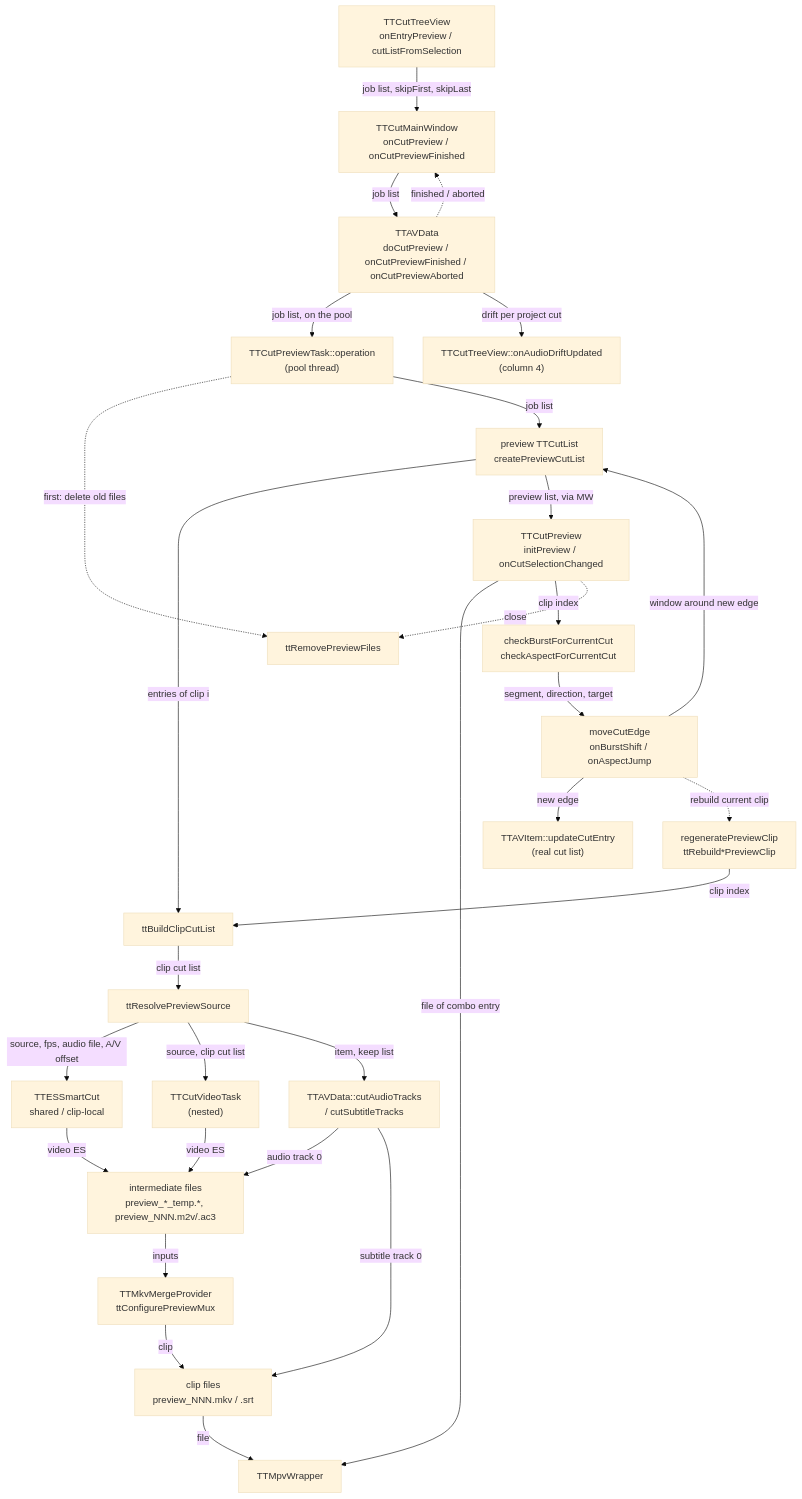
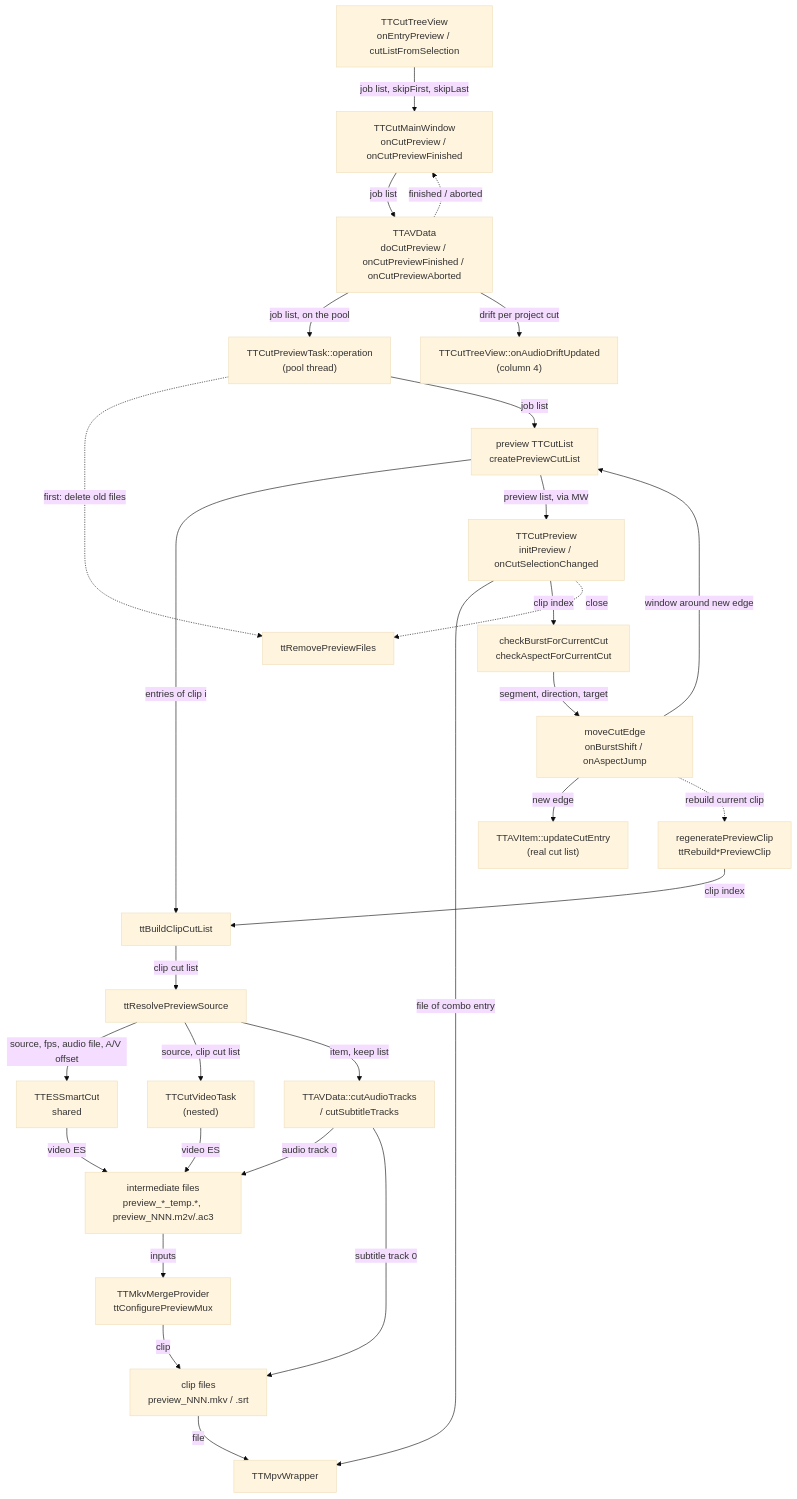
One commit to MINIXJR/TTCut-ng changed the diagram in docs/code-map/cut-preview.md. Above: the diagram before and after it, drawn with Mermaid (base theme). The commit also changed other lines of this file and 15 other files, not shown here.

````diff
--- a/docs/code-map/cut-preview.md
+++ b/docs/code-map/cut-preview.md
@@ -50,53 +50,53 @@
 ```mermaid
 flowchart TD
     TV["TTCutTreeView<br/>onEntryPreview / cutListFromSelection"]
     MW["TTCutMainWindow<br/>onCutPreview / onCutPreviewFinished"]
     AVD["TTAVData<br/>doCutPreview / onCutPreviewFinished / onCutPreviewAborted"]
     TASK["TTCutPreviewTask::operation<br/>(pool thread)"]
     PL["preview TTCutList<br/>createPreviewCutList"]
     BCL["ttBuildClipCutList"]
     SRC["ttResolvePreviewSource"]
-    ENG["TTESSmartCut<br/>shared / clip-local"]
+    ENG["TTESSmartCut<br/>shared"]
     M2V["TTCutVideoTask<br/>(nested)"]
     AUD["TTAVData::cutAudioTracks<br/>/ cutSubtitleTracks"]
     TMP["intermediate files<br/>preview_*_temp.*, preview_NNN.m2v/.ac3"]
     MUX["TTMkvMergeProvider<br/>ttConfigurePreviewMux"]
     CLIP["clip files<br/>preview_NNN.mkv / .srt"]
     CTV["TTCutTreeView::onAudioDriftUpdated<br/>(column 4)"]
     DLG["TTCutPreview<br/>initPreview / onCutSelectionChanged"]
     PLAYER["TTMpvWrapper"]
     HINT["checkBurstForCurrentCut<br/>checkAspectForCurrentCut"]
     MOVE["moveCutEdge<br/>onBurstShift / onAspectJump"]
     MODEL["TTAVItem::updateCutEntry<br/>(real cut list)"]
     REB["regeneratePreviewClip<br/>ttRebuild*PreviewClip"]
     CLEAN["ttRemovePreviewFiles"]
 
     TV -->|job list, skipFirst, skipLast| MW
     MW -->|job list| AVD
     AVD -->|job list, on the pool| TASK
     TASK -.->|first: delete old files| CLEAN
     TASK -->|job list| PL
     PL -->|entries of clip i| BCL
     BCL -->|clip cut list| SRC
     SRC -->|source, fps, audio file, A/V offset| ENG
     SRC -->|source, clip cut list| M2V
     SRC -->|item, keep list| AUD
     ENG -->|video ES| TMP
     M2V -->|video ES| TMP
     AUD -->|audio track 0| TMP
     AUD -->|subtitle track 0| CLIP
     TMP -->|inputs| MUX
     MUX -->|clip| CLIP
     AVD -->|drift per project cut| CTV
     AVD -.->|finished / aborted| MW
     PL -->|preview list, via MW| DLG
     DLG -->|file of combo entry| PLAYER
     CLIP -->|file| PLAYER
     DLG -->|clip index| HINT
     HINT -->|segment, direction, target| MOVE
     MOVE -->|new edge| MODEL
     MOVE -->|window around new edge| PL
     MOVE -.->|rebuild current clip| REB
     REB -->|clip index| BCL
     DLG -.->|close| CLEAN
 ```
````
